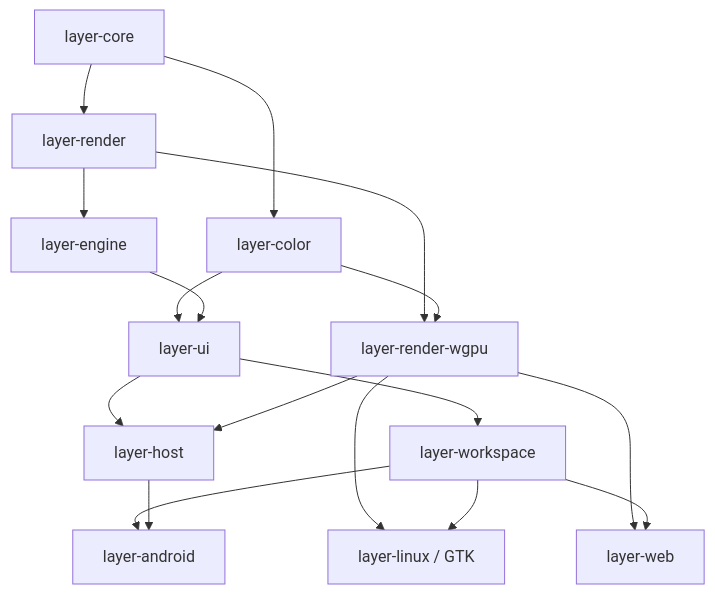
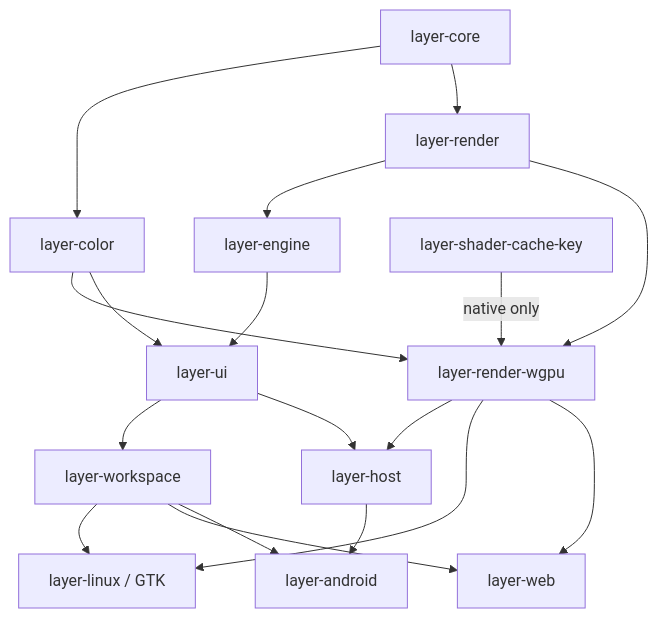
The diagram in docs/development/rust-build-times.md (capyatelier/capycanvas), drawn with Mermaid before and after one commit. The commit also changed other lines of this file and 18 other files, not shown here.

````diff
--- a/docs/development/rust-build-times.md
+++ b/docs/development/rust-build-times.md
@@ -125,19 +187,20 @@
 ```mermaid
 flowchart TD
     core[layer-core] --> color[layer-color]
     core --> render[layer-render]
     render --> engine[layer-engine]
     render --> gpu[layer-render-wgpu]
+    key[layer-shader-cache-key] -->|native only| gpu
     color --> gpu
     color --> ui[layer-ui]
     engine --> ui
     ui --> workspace[layer-workspace]
     ui --> host[layer-host]
     gpu --> host
     gpu --> gtk[layer-linux / GTK]
     gpu --> web[layer-web]
     workspace --> gtk
     workspace --> web
     workspace --> android[layer-android]
     host --> android
 ```
````
